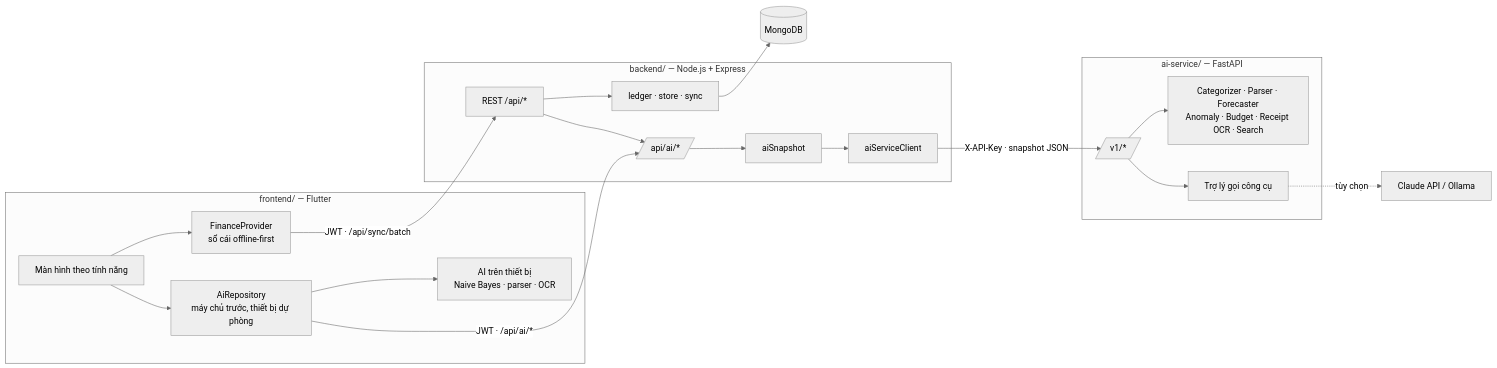
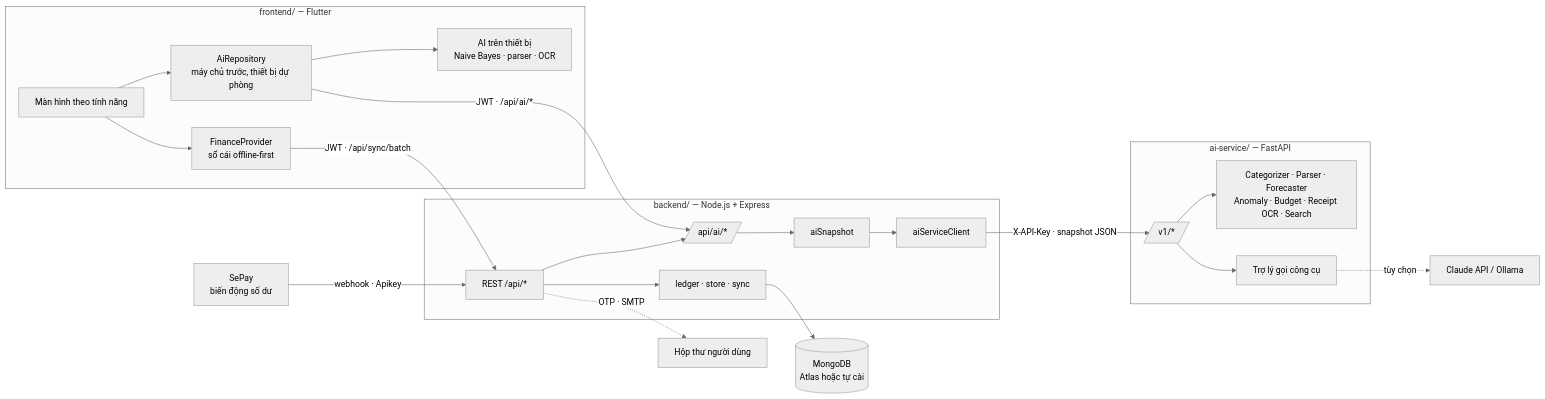
One commit to Duzcc/LTD--FINANCIAL-APP changed the diagram in README.md. Above: the diagram before and after it, drawn with Mermaid (neutral theme). The commit also changed other lines of this file and 2 other files, not shown here.

Commit message:
Cập nhật README: OTP email, VietQR + SePay, MongoDB Atlas, kiểm thử và xử lý sự cố

````diff
--- a/README.md
+++ b/README.md
@@ -118,22 +118,24 @@
 ```mermaid
 flowchart LR
   subgraph Client["frontend/ — Flutter"]
     UI[Màn hình theo tính năng] --> FP[FinanceProvider<br/>sổ cái offline-first]
     UI --> AR[AiRepository<br/>máy chủ trước, thiết bị dự phòng]
     AR --> OD[AI trên thiết bị<br/>Naive Bayes · parser · OCR]
   end
   subgraph API["backend/ — Node.js + Express"]
     R[REST /api/*] --> S[ledger · store · sync]
     R --> AIR[/api/ai/*/] --> SN[aiSnapshot]
     SN --> AC[aiServiceClient]
   end
   subgraph AIS["ai-service/ — FastAPI"]
     E[/v1/*/] --> M[Categorizer · Parser · Forecaster<br/>Anomaly · Budget · Receipt OCR · Search]
     E --> LLM[Trợ lý gọi công cụ]
   end
   FP -- "JWT · /api/sync/batch" --> R
   AR -- "JWT · /api/ai/*" --> AIR
   AC -- "X-API-Key · snapshot JSON" --> E
-  S --> DB[(MongoDB)]
+  S --> DB[(MongoDB<br/>Atlas hoặc tự cài)]
+  SP[SePay<br/>biến động số dư] -- "webhook · Apikey" --> R
+  R -. "OTP · SMTP" .-> MAIL[Hộp thư người dùng]
   LLM -. tùy chọn .-> CL[Claude API / Ollama]
 ```
````
